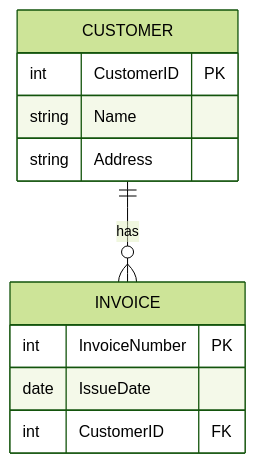
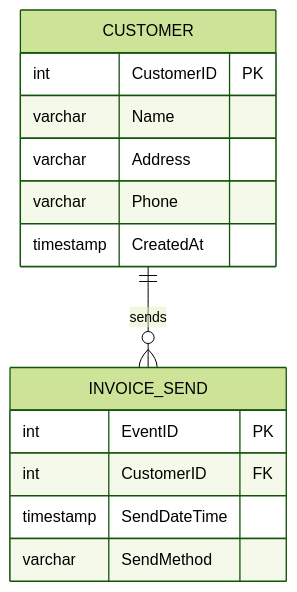
Before and after one commit to tis-abe-akira/cc-data-modeler: the diagram in .claude/skills/data-modeler-skill/SKILL.md, drawn with Mermaid (forest theme). The commit also changed other lines of this file and 9 other files, not shown here.

````diff
--- a/.claude/skills/data-modeler-skill/SKILL.md
+++ b/.claude/skills/data-modeler-skill/SKILL.md
@@ -184,14 +461,17 @@
 ```mermaid
 erDiagram
-    CUSTOMER ||--o{ INVOICE : has
+    CUSTOMER ||--o{ INVOICE_SEND : "sends"
     CUSTOMER {
         int CustomerID PK
-        string Name
-        string Address
+        varchar Name
+        varchar Address
+        varchar Phone
+        timestamp CreatedAt
     }
-    INVOICE {
-        int InvoiceNumber PK
-        date IssueDate
+    INVOICE_SEND {
+        int EventID PK
         int CustomerID FK
+        timestamp SendDateTime
+        varchar SendMethod
     }
 ```
````
